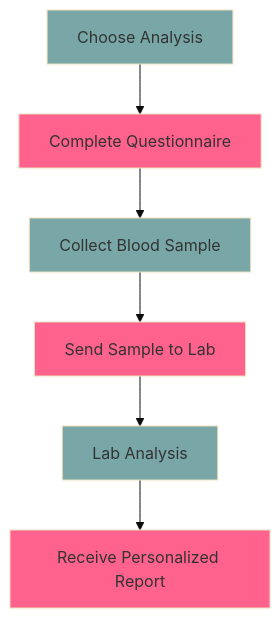
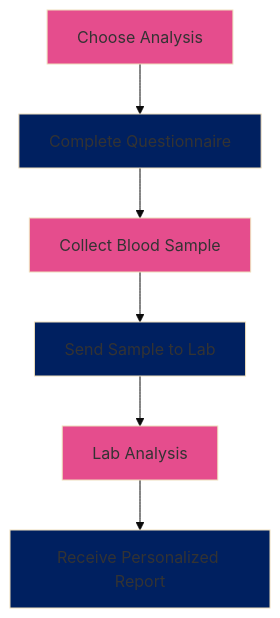
The diagram in profile/README.md (healthbiocare/.github), drawn with Mermaid (base theme) before and after one commit. The commit also changed other lines of this file, not shown here.

Commit message:
Modify styling and map zoom level

````diff
--- a/profile/README.md
+++ b/profile/README.md
@@ -22,14 +22,14 @@
 ```mermaid
 graph TD;
   A[Choose Analysis] --> B[Complete Questionnaire];
   B --> C[Collect Blood Sample];
   C --> D[Send Sample to Lab];
   D --> E[Lab Analysis];
   E --> F[Receive Personalized Report];
-  style A fill:#79a7a7;
-  style B fill:#FF628C;
-  style C fill:#79a7a7;
-  style D fill:#FF628C;
-  style E fill:#79a7a7;
-  style F fill:#FF628C;
+  style A fill:#e54d8d;
+  style B fill:#002060;
+  style C fill:#e54d8d;
+  style D fill:#002060;
+  style E fill:#e54d8d;
+  style F fill:#002060;
 ```
````
